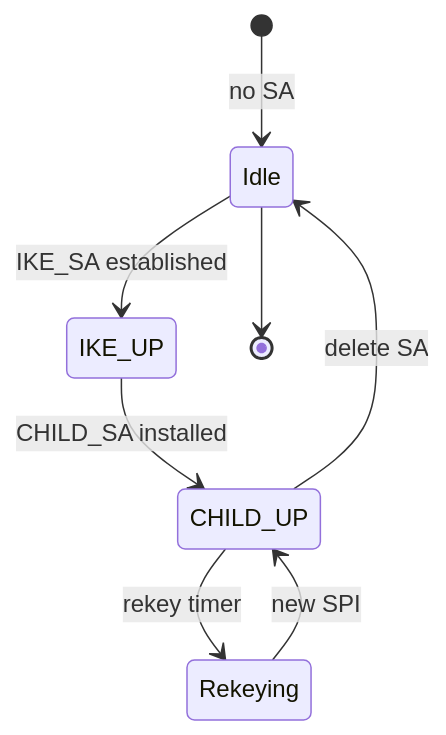
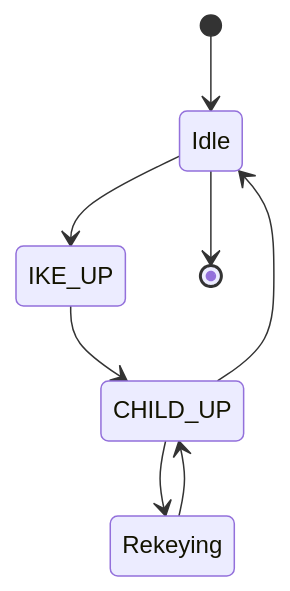
The third of 4 diagrams in docs/vpn-solutions/ipsec-ikev2.md (roto31/Tunnel-Monitor---Universal), drawn with Mermaid before and after one commit. The commit also changed other lines of this file and 22 other files, not shown here.

````diff
--- a/docs/vpn-solutions/ipsec-ikev2.md
+++ b/docs/vpn-solutions/ipsec-ikev2.md
@@ -57,10 +41,10 @@
 ```mermaid
 stateDiagram-v2
-    [*] --> Idle: no SA
-    Idle --> IKE_UP: IKE_SA established
-    IKE_UP --> CHILD_UP: CHILD_SA installed
-    CHILD_UP --> Rekeying: rekey timer
-    Rekeying --> CHILD_UP: new SPI
-    CHILD_UP --> Idle: delete SA
+    [*] --> Idle
+    Idle --> IKE_UP
+    IKE_UP --> CHILD_UP
+    CHILD_UP --> Rekeying
+    Rekeying --> CHILD_UP
+    CHILD_UP --> Idle
     Idle --> [*]
 ```
````
